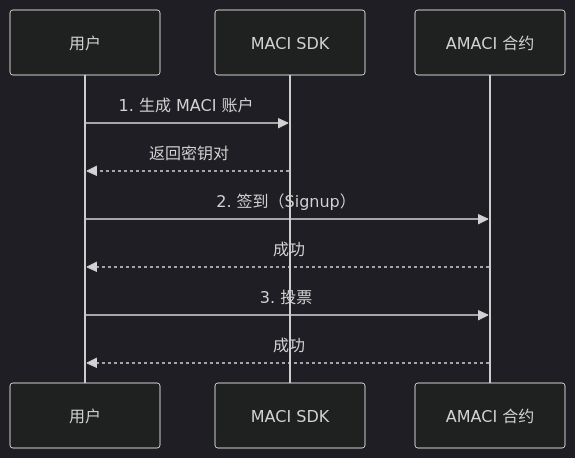
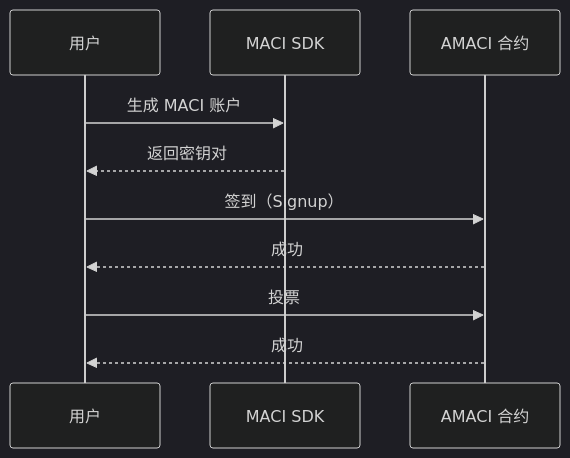
Before and after one commit to DoraFactory/maci: the first of 2 diagrams in docs/content/docs/sdk/voting-guide.mdx, drawn with Mermaid (dark theme). The commit also changed other lines of this file and 24 other files, not shown here.

````diff
--- a/docs/content/docs/sdk/voting-guide.mdx
+++ b/docs/content/docs/sdk/voting-guide.mdx
@@ -13,12 +11,12 @@
 ```mermaid
 sequenceDiagram
     participant User as 用户
     participant SDK as MACI SDK
     participant Contract as AMACI 合约
-    User->>SDK: 1. 生成 MACI 账户
+    User->>SDK: 生成 MACI 账户
     SDK-->>User: 返回密钥对
-    User->>Contract: 2. 签到（Signup）
+    User->>Contract: 签到（Signup）
     Contract-->>User: 成功
-    User->>Contract: 3. 投票
+    User->>Contract: 投票
     Contract-->>User: 成功
 ```
````
